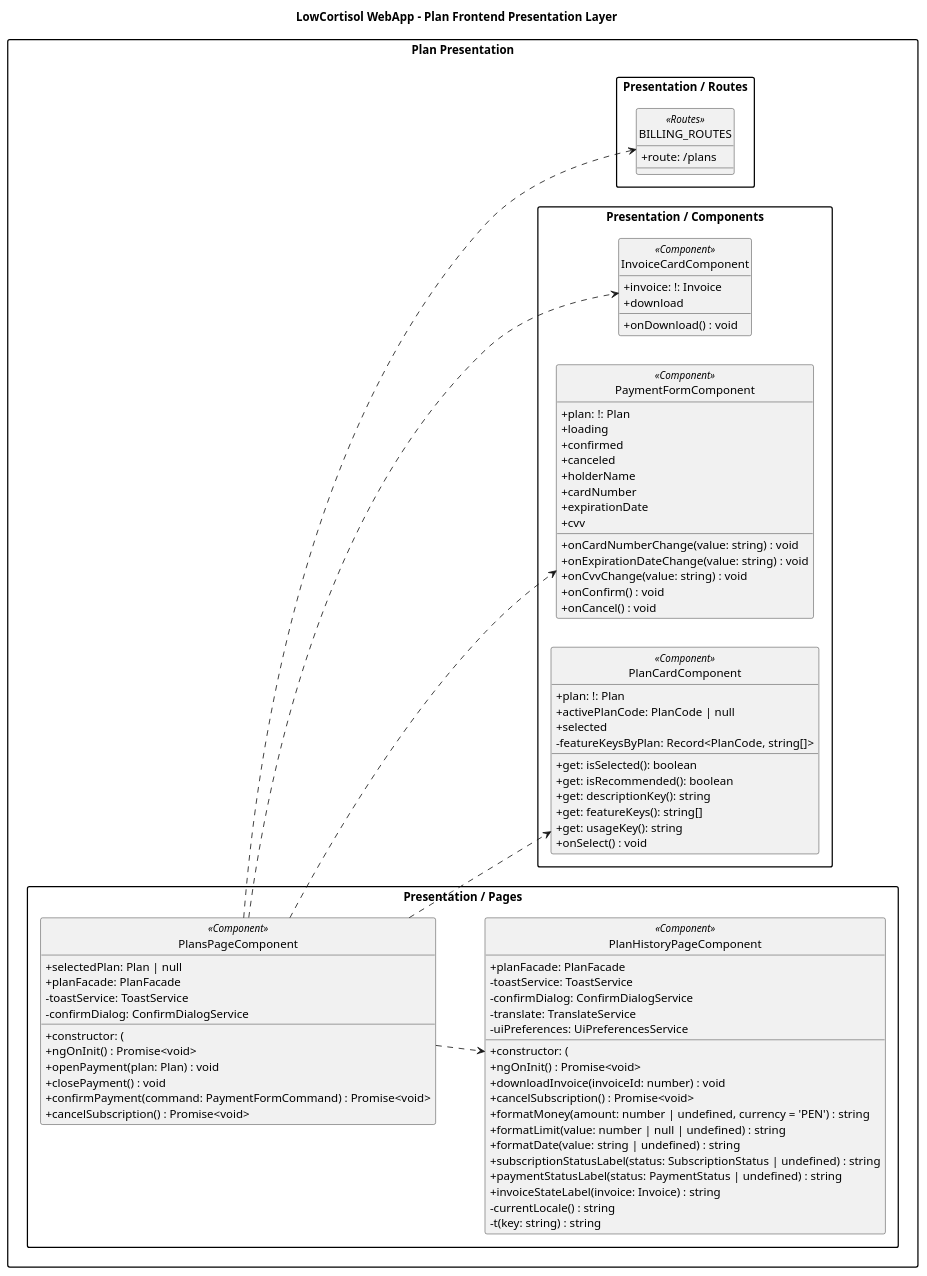
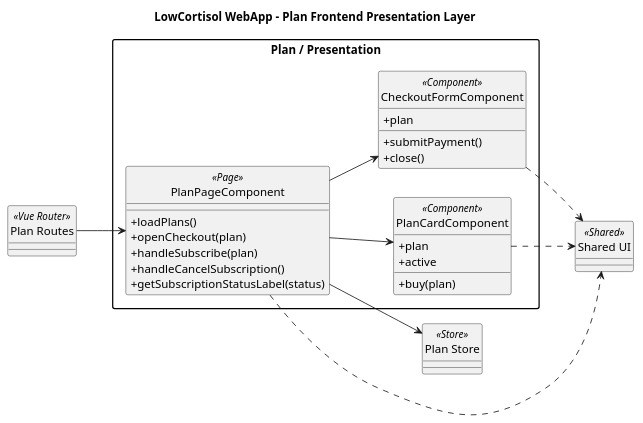
The diagram in docs/diagrams/class/frontend/layers/plan/frontend-plan-presentation-class-diagram.puml (upc-pre-202610-1asi0730-12144-flowalert/lowcortisol-report), drawn with PlantUML before and after one commit. The commit also changed 51 other files, not shown here.

Commit message:
docs: align report diagrams with implemented bounded contexts

```diff
--- a/docs/diagrams/class/frontend/layers/plan/frontend-plan-presentation-class-diagram.puml
+++ b/docs/diagrams/class/frontend/layers/plan/frontend-plan-presentation-class-diagram.puml
@@ -1,92 +1,43 @@
 @startuml
 title LowCortisol WebApp - Plan Frontend Presentation Layer
 left to right direction
 skinparam packageStyle rectangle
 skinparam shadowing false
 skinparam classAttributeIconSize 0
 hide circle
 
-package "Plan Presentation" {
-  package "Presentation / Components" {
-    class "InvoiceCardComponent" as FrontendPresentation_plan_InvoiceCardComponent <<Component>> {
-      + invoice: !: Invoice
-      + download
-      + onDownload() : void
-    }
-    class "PaymentFormComponent" as FrontendPresentation_plan_PaymentFormComponent <<Component>> {
-      + plan: !: Plan
-      + loading
-      + confirmed
-      + canceled
-      + holderName
-      + cardNumber
-      + expirationDate
-      + cvv
-      + onCardNumberChange(value: string) : void
-      + onExpirationDateChange(value: string) : void
-      + onCvvChange(value: string) : void
-      + onConfirm() : void
-      + onCancel() : void
-    }
-    class "PlanCardComponent" as FrontendPresentation_plan_PlanCardComponent <<Component>> {
-      + plan: !: Plan
-      + activePlanCode: PlanCode | null
-      + selected
-      - featureKeysByPlan: Record<PlanCode, string[]>
-      + get: isSelected(): boolean
-      + get: isRecommended(): boolean
-      + get: descriptionKey(): string
-      + get: featureKeys(): string[]
-      + get: usageKey(): string
-      + onSelect() : void
-    }
+package "Plan / Presentation" {
+  class "PlanPageComponent" as Frontend_plan_PlanPageComponent <<Page>> {
+    + loadPlans()
+    + openCheckout(plan)
+    + handleSubscribe(plan)
+    + handleCancelSubscription()
+    + getSubscriptionStatusLabel(status)
   }
-  package "Presentation / Pages" {
-    class "PlanHistoryPageComponent" as FrontendPresentation_plan_PlanHistoryPageComponent <<Component>> {
-      + constructor: (
-      + planFacade: PlanFacade
-      - toastService: ToastService
-      - confirmDialog: ConfirmDialogService
-      - translate: TranslateService
-      - uiPreferences: UiPreferencesService
-      + ngOnInit() : Promise<void>
-      + downloadInvoice(invoiceId: number) : void
-      + cancelSubscription() : Promise<void>
-      + formatMoney(amount: number | undefined, currency = 'PEN') : string
-      + formatLimit(value: number | null | undefined) : string
-      + formatDate(value: string | undefined) : string
-      + subscriptionStatusLabel(status: SubscriptionStatus | undefined) : string
-      + paymentStatusLabel(status: PaymentStatus | undefined) : string
-      + invoiceStateLabel(invoice: Invoice) : string
-      - currentLocale() : string
-      - t(key: string) : string
-    }
-    class "PlansPageComponent" as FrontendPresentation_plan_PlansPageComponent <<Component>> {
-      + selectedPlan: Plan | null
-      + constructor: (
-      + planFacade: PlanFacade
-      - toastService: ToastService
-      - confirmDialog: ConfirmDialogService
-      + ngOnInit() : Promise<void>
-      + openPayment(plan: Plan) : void
-      + closePayment() : void
-      + confirmPayment(command: PaymentFormCommand) : Promise<void>
-      + cancelSubscription() : Promise<void>
-    }
+
+  class "PlanCardComponent" as Frontend_plan_PlanCardComponent <<Component>> {
+    + plan
+    + active
+    + buy(plan)
   }
-  package "Presentation / Routes" {
-    class "BILLING_ROUTES" as FrontendPresentation_plan_BILLING_ROUTES <<Routes>> {
-      + route: /plans
-    }
+
+  class "CheckoutFormComponent" as Frontend_plan_CheckoutFormComponent <<Component>> {
+    + plan
+    + submitPayment()
+    + close()
   }
 }
 
-FrontendPresentation_plan_PlansPageComponent ..> FrontendPresentation_plan_PaymentFormComponent
-FrontendPresentation_plan_PlansPageComponent ..> FrontendPresentation_plan_PlanCardComponent
+class "Plan Routes" as Frontend_plan_Routes <<Vue Router>>
+class "Plan Store" as Frontend_plan_Store <<Store>>
+class "Shared UI" as Frontend_plan_SharedUi <<Shared>>
 
-' Relationship completion: every declared type participates in the frontend diagram.
-FrontendPresentation_plan_PlansPageComponent ..> FrontendPresentation_plan_InvoiceCardComponent
-FrontendPresentation_plan_PlansPageComponent ..> FrontendPresentation_plan_PlanHistoryPageComponent
-FrontendPresentation_plan_PlansPageComponent ..> FrontendPresentation_plan_BILLING_ROUTES
+Frontend_plan_Routes --> Frontend_plan_PlanPageComponent
+Frontend_plan_PlanPageComponent --> Frontend_plan_Store
+Frontend_plan_PlanPageComponent --> Frontend_plan_PlanCardComponent
+Frontend_plan_PlanPageComponent --> Frontend_plan_CheckoutFormComponent
+Frontend_plan_PlanPageComponent ..> Frontend_plan_SharedUi
+Frontend_plan_PlanCardComponent ..> Frontend_plan_SharedUi
+Frontend_plan_CheckoutFormComponent ..> Frontend_plan_SharedUi
 
 @enduml
```
